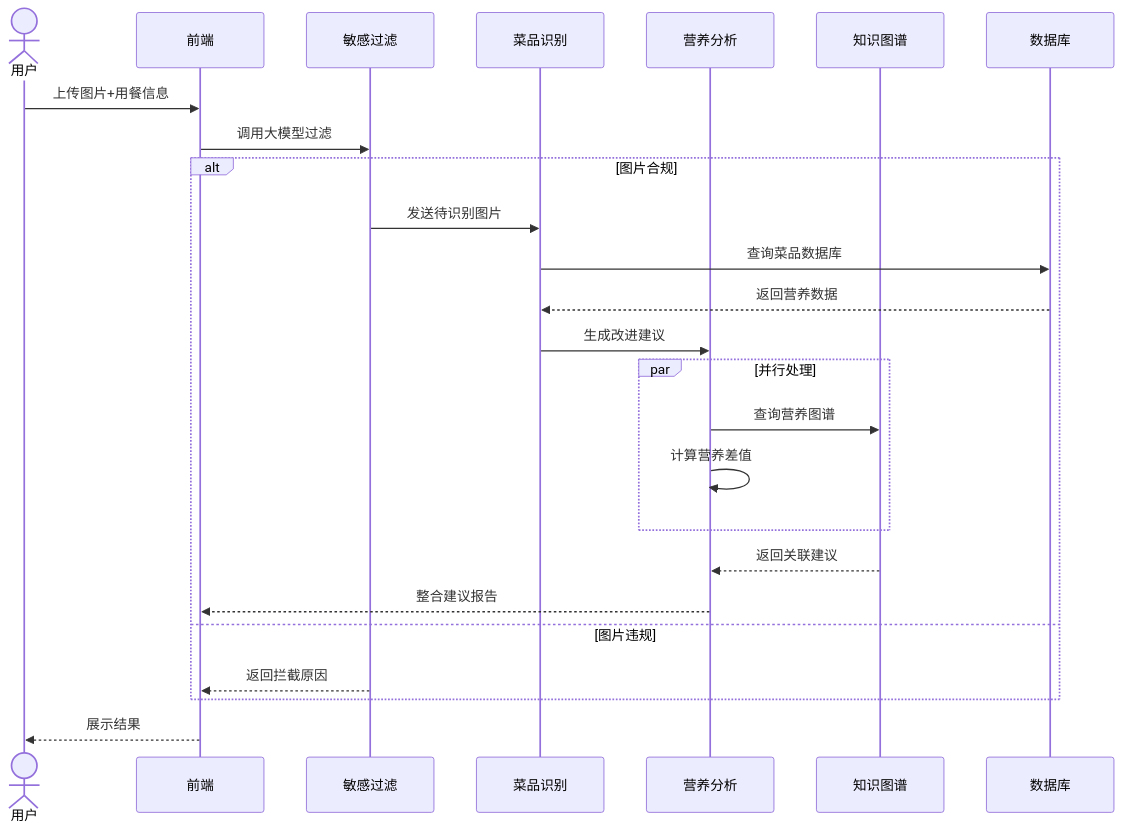
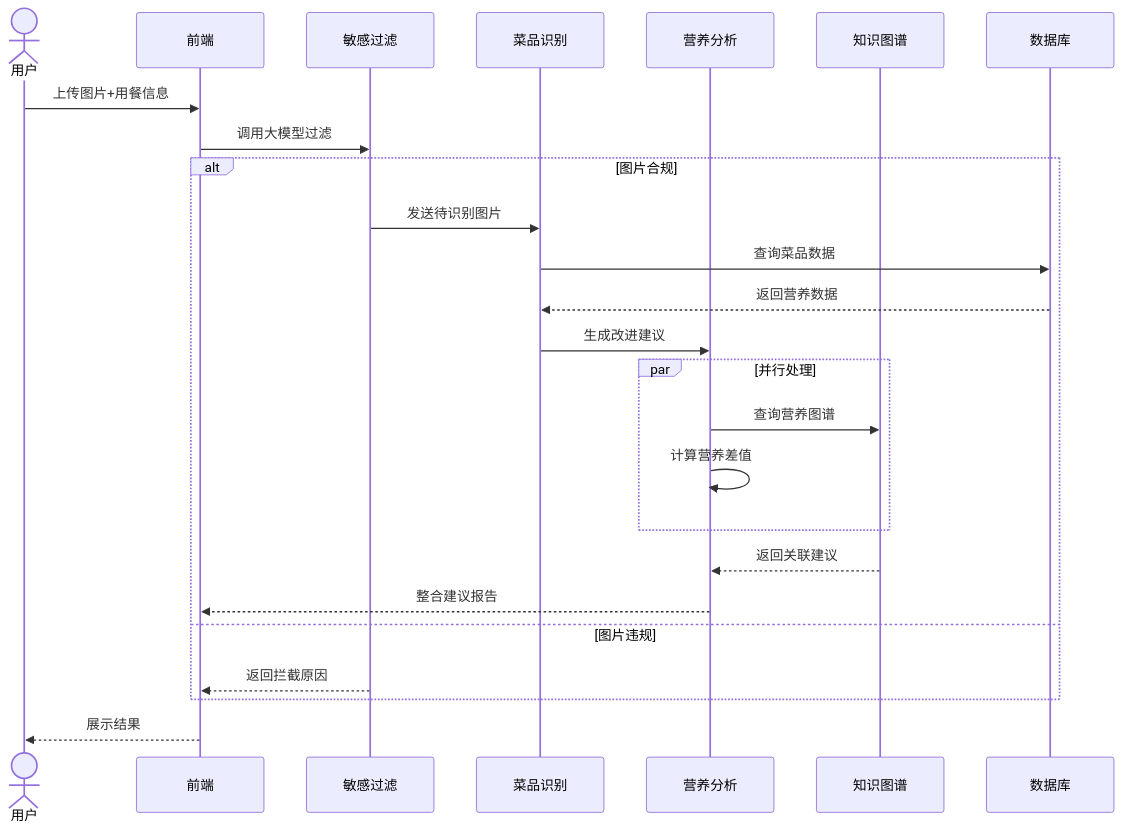
Before and after one commit to funnyData/iodraw-files: the diagram in all/未命名-1.md, drawn with Mermaid.

Commit message:
2025-03-19 16:38:32 update

````diff
--- a/all/未命名-1.md
+++ b/all/未命名-1.md
@@ -1,29 +1,29 @@
 ```mermaid
 %% 数据流图（基于网页1/2/5的时序图语法优化）
 sequenceDiagram
     actor User as 用户
     participant FE as 前端
     participant SF as 敏感过滤
     participant DR as 菜品识别
     participant NA as 营养分析
     participant KG as 知识图谱
     participant DB as 数据库
 
     User->>FE: 上传图片+用餐信息
     FE->>SF: 调用大模型过滤
     alt 图片合规
         SF->>DR: 发送待识别图片
-        DR->>DB: 查询菜品数据库
+        DR->>DB: 查询菜品数据
         DB-->>DR: 返回营养数据
         DR->>NA: 生成改进建议
         par 并行处理
             NA->>KG: 查询营养图谱
             NA->>NA: 计算营养差值
         end
         KG-->>NA: 返回关联建议
         NA-->>FE: 整合建议报告
     else 图片违规
         SF-->>FE: 返回拦截原因
     end
     FE-->>User: 展示结果
 ```
````
